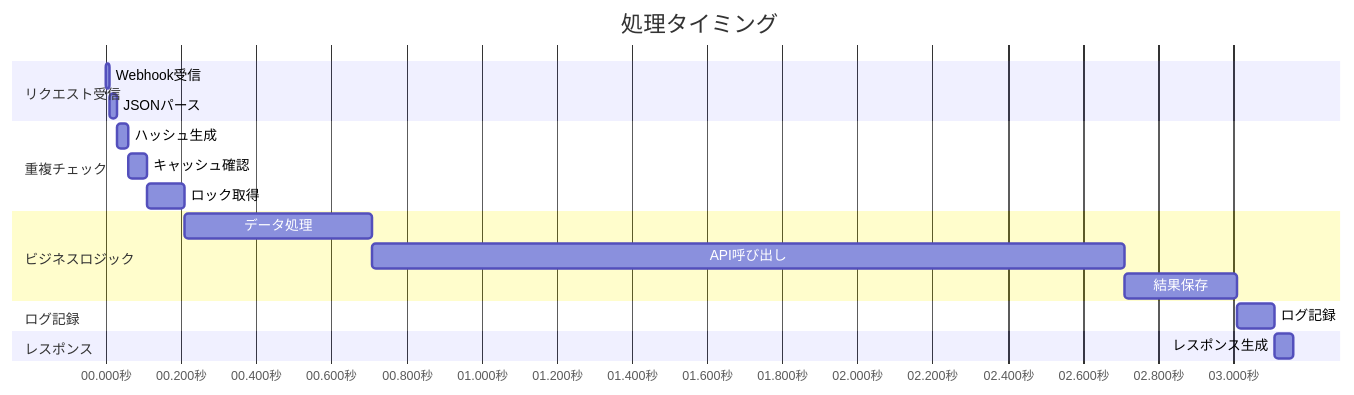
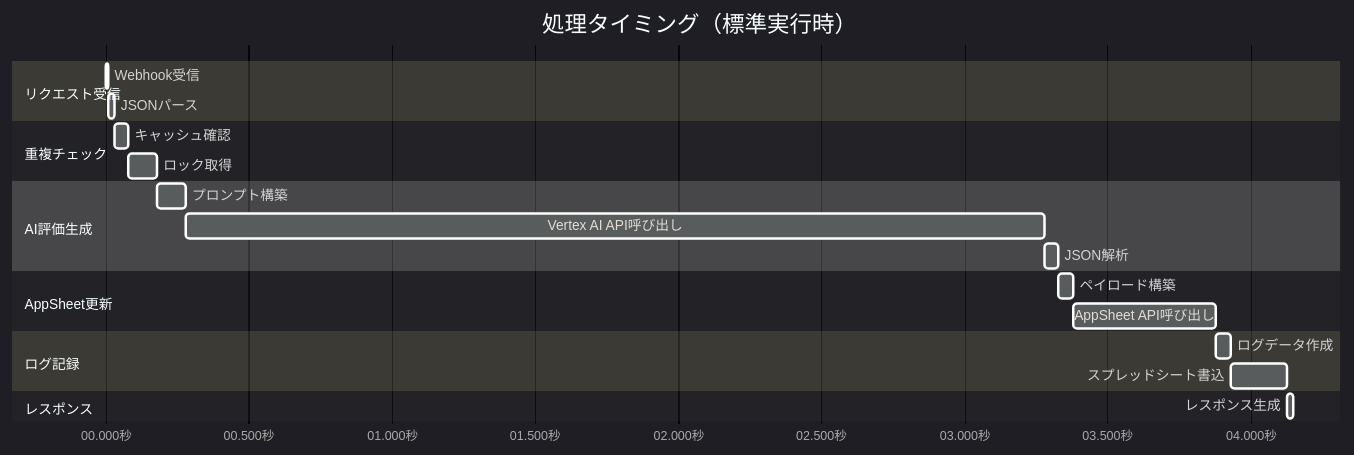
One commit to tasai-lab/appsheet-gas-automation changed the tenth of 10 diagrams in gas_projects/projects/nursing/Appsheet_訪問看護_計画書問題点_評価/FLOW.md. Above: the diagram before and after it, drawn with Mermaid. The commit also changed other lines of this file and 50 other files, not shown here.

````diff
--- a/gas_projects/projects/nursing/Appsheet_訪問看護_計画書問題点_評価/FLOW.md
+++ b/gas_projects/projects/nursing/Appsheet_訪問看護_計画書問題点_評価/FLOW.md
@@ -171,26 +389,31 @@
 ```mermaid
+%%{init: {'theme':'dark'}}%%
 gantt
-    title 処理タイミング
+    title 処理タイミング（標準実行時）
     dateFormat  HH:mm:ss.SSS
     axisFormat  %S.%L秒
-    
+
     section リクエスト受信
     Webhook受信           :a1, 00:00:00.000, 10ms
     JSONパース            :a2, after a1, 20ms
-    
+
     section 重複チェック
-    ハッシュ生成          :b1, after a2, 30ms
-    キャッシュ確認        :b2, after b1, 50ms
-    ロック取得            :b3, after b2, 100ms
-    
-    section ビジネスロジック
-    データ処理            :c1, after b3, 500ms
-    API呼び出し           :c2, after c1, 2000ms
-    結果保存              :c3, after c2, 300ms
-    
+    キャッシュ確認        :b1, after a2, 50ms
+    ロック取得            :b2, after b1, 100ms
+
+    section AI評価生成
+    プロンプト構築        :c1, after b2, 100ms
+    Vertex AI API呼び出し :c2, after c1, 3000ms
+    JSON解析              :c3, after c2, 50ms
+
+    section AppSheet更新
+    ペイロード構築        :d1, after c3, 50ms
+    AppSheet API呼び出し  :d2, after d1, 500ms
+
     section ログ記録
-    ログ記録              :d1, after c3, 100ms
-    
+    ログデータ作成        :e1, after d2, 50ms
+    スプレッドシート書込  :e2, after e1, 200ms
+
     section レスポンス
-    レスポンス生成        :e1, after d1, 50ms
+    レスポンス生成        :f1, after e2, 20ms
 ```
````
